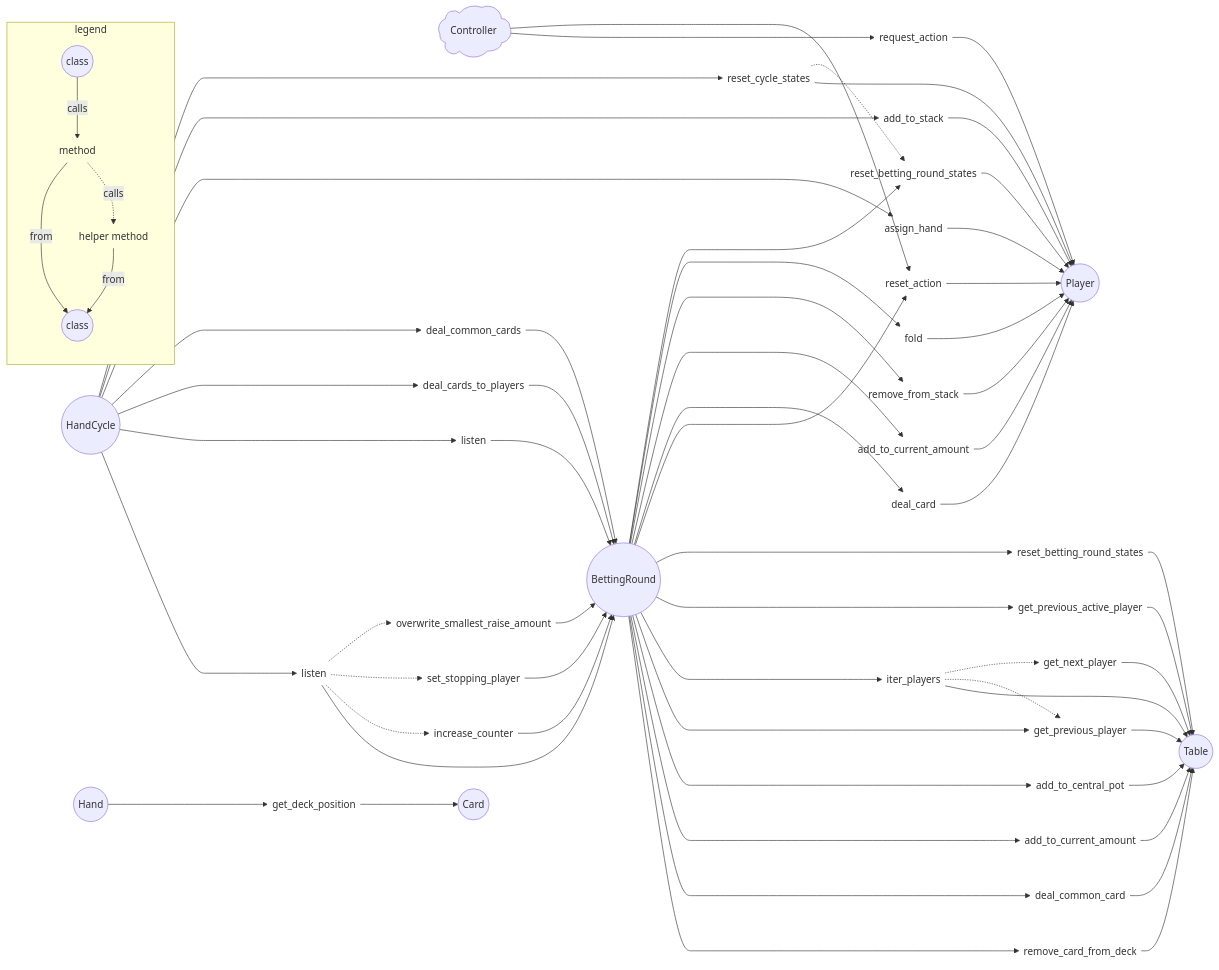
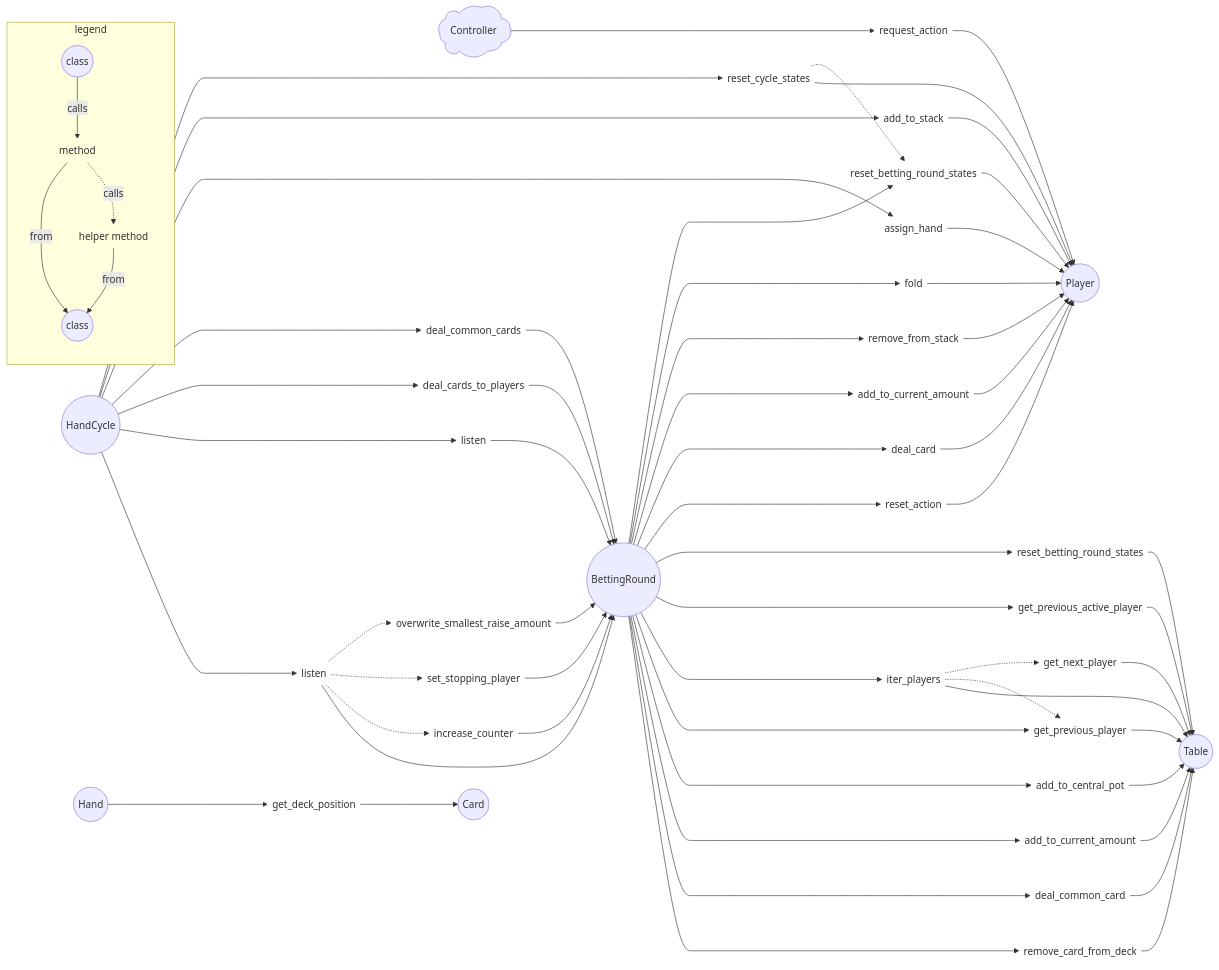
One commit to jorsaland/pokerpy changed the diagram in MODEL.md. Above: the diagram before and after it, drawn with Mermaid.

Commit message:
fix: removed invalid action from comm model

```diff
--- a/MODEL.md
+++ b/MODEL.md
@@ -93,7 +93,6 @@
     %% Class-method
 
     C -----> P.request_action
-    C -----> P.reset_action
 
     HC ----> BR.listen
     HC ----> BR.close
```
